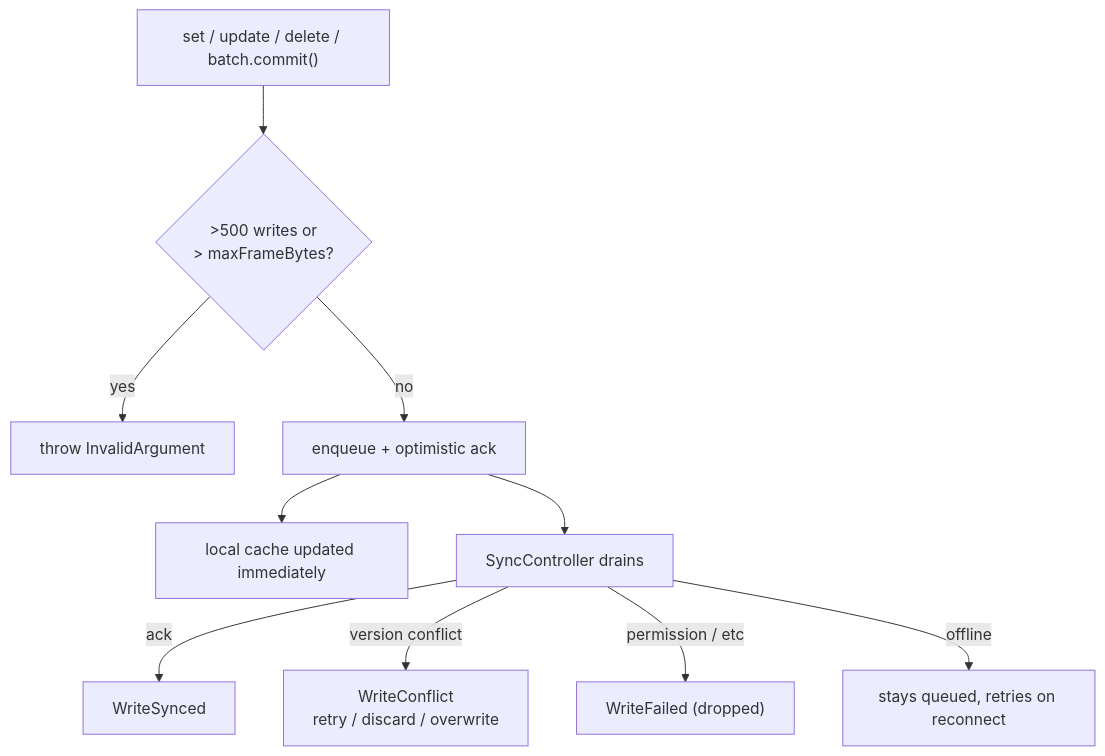
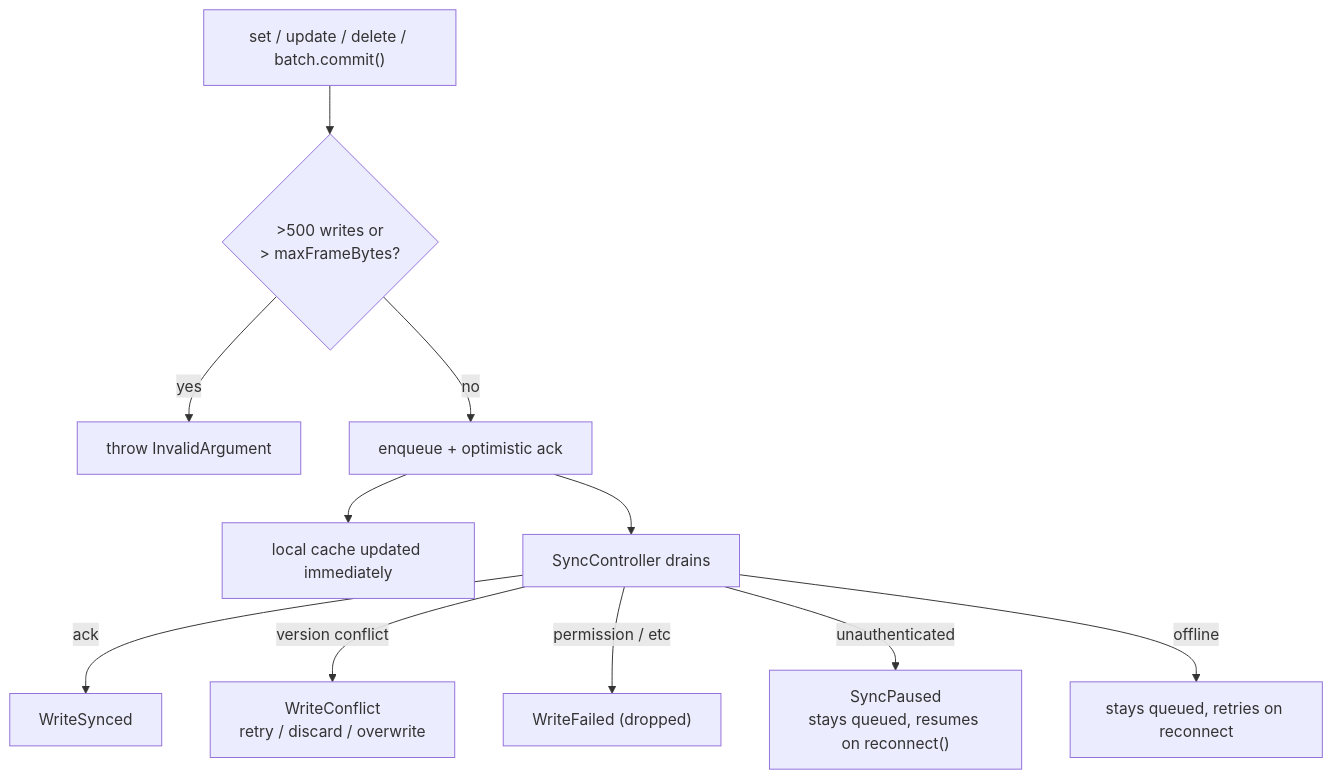
The fourth of 5 diagrams in README.md (FlameOfUdun/winche-database-dart-sdk), drawn with Mermaid before and after one commit. The commit also changed other lines of this file and 30 other files, not shown here.

````diff
--- a/README.md
+++ b/README.md
@@ -273,12 +282,13 @@
 ```mermaid
 flowchart TD
   W["set / update / delete / batch.commit()"] --> G{">500 writes or<br/>> maxFrameBytes?"}
   G -->|yes| R[throw InvalidArgument]
   G -->|no| Q["enqueue + optimistic ack"]
   Q --> LC["local cache updated immediately"]
   Q --> Dr[SyncController drains]
   Dr -->|ack| SY["WriteSynced"]
   Dr -->|version conflict| CO["WriteConflict<br/>retry / discard / overwrite"]
   Dr -->|permission / etc| FA["WriteFailed (dropped)"]
+  Dr -->|unauthenticated| PA["SyncPaused<br/>stays queued, resumes on reconnect()"]
   Dr -->|offline| OF["stays queued, retries on reconnect"]
 ```
````
